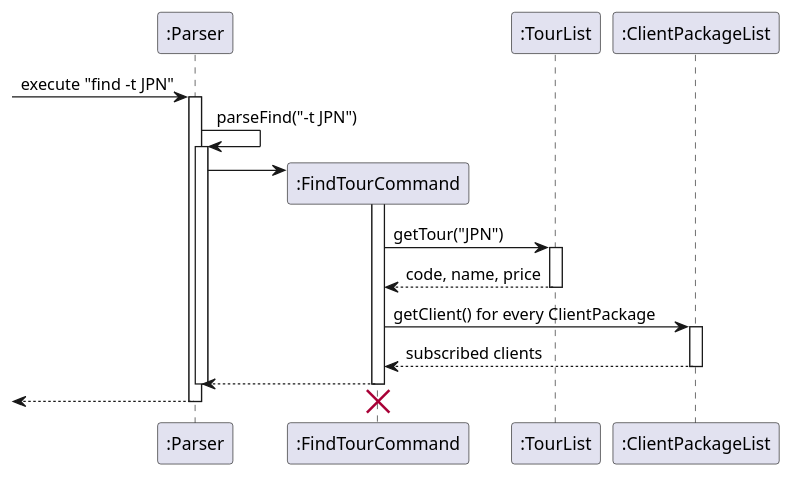
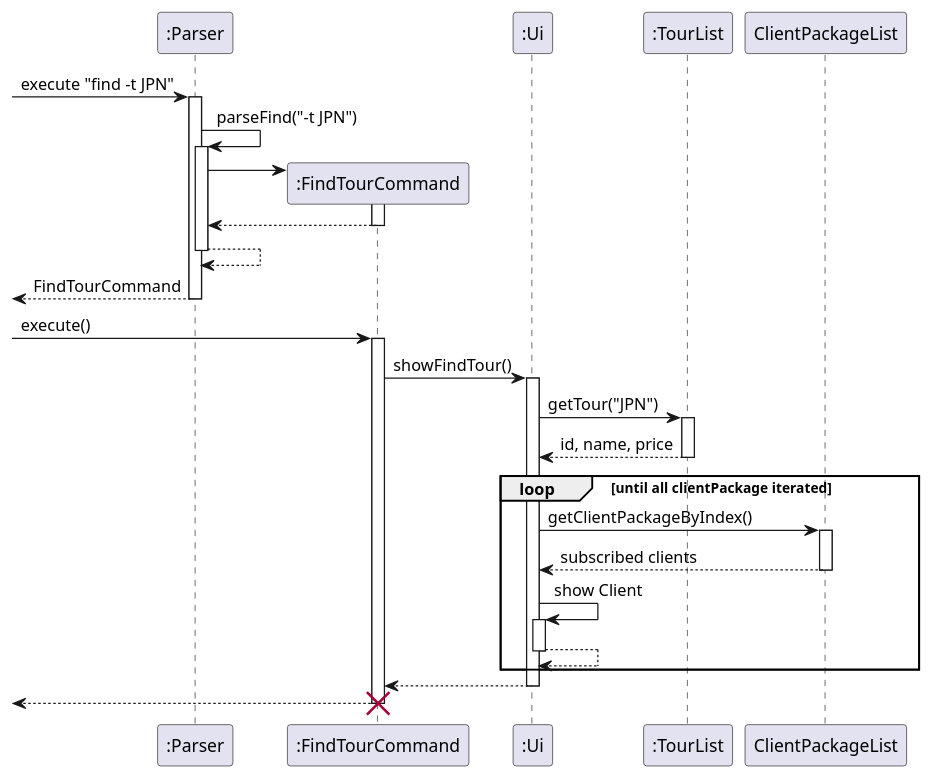
One commit to nus-cs2113-AY2122S1/tp changed the diagram in src/main/java/seedu/uml/FindTourTest.puml. Above: the diagram before and after it, drawn with PlantUML. The commit also changed 25 other files, not shown here.

Commit message:
Changed ListCommandTest and FindCommandTest, Edited DG and UML diagrams

```diff
--- a/src/main/java/seedu/uml/FindTourTest.puml
+++ b/src/main/java/seedu/uml/FindTourTest.puml
@@ -1,36 +1,53 @@
 @startuml
 
 participant ":Parser" as Parser
-participant ":FindTourCommand" as FTC
+participant ":FindTourCommand" as FCC
+participant ":Ui" as Ui
 participant ":TourList" as TourList
-participant ":ClientPackageList" as ClientPackageList
-
-
 
 -> Parser: execute "find -t JPN"
 activate Parser
 Parser -> Parser : parseFind("-t JPN")
 activate Parser
 
-create FTC
-Parser -> FTC
-activate FTC
 
-FTC -> TourList : getTour("JPN")
+
+create FCC
+Parser -> FCC
+activate FCC
+FCC --> Parser
+deactivate FCC
+Parser --> Parser
+deactivate Parser
+<-- Parser: FindTourCommand
+deactivate Parser
+
+-> FCC: execute()
+activate FCC
+
+
+
+FCC -> Ui : showFindTour()
+activate Ui
+Ui -> TourList : getTour("JPN")
 activate TourList
-TourList --> FTC : code, name, price
+TourList --> Ui : id, name, price
 deactivate TourList
+loop until all clientPackage iterated
+    Ui -> ClientPackageList : getClientPackageByIndex()
+    activate ClientPackageList
+    ClientPackageList --> Ui: subscribed clients
+    deactivate ClientPackageList
+    Ui -> Ui: show Client
+    activate Ui
+    Ui --> Ui
+    deactivate Ui
+end
+Ui --> FCC
+deactivate Ui
 
-FTC -> ClientPackageList : getClient() for every ClientPackage
-activate ClientPackageList
-ClientPackageList --> FTC : subscribed clients
-deactivate ClientPackageList
+<-- FCC
+deactivate FCC
 
-FTC --> Parser
-deactivate Parser
-deactivate FTC
-<-- Parser
-deactivate Parser
-destroy FTC
-
+destroy FCC
 @enduml
```
